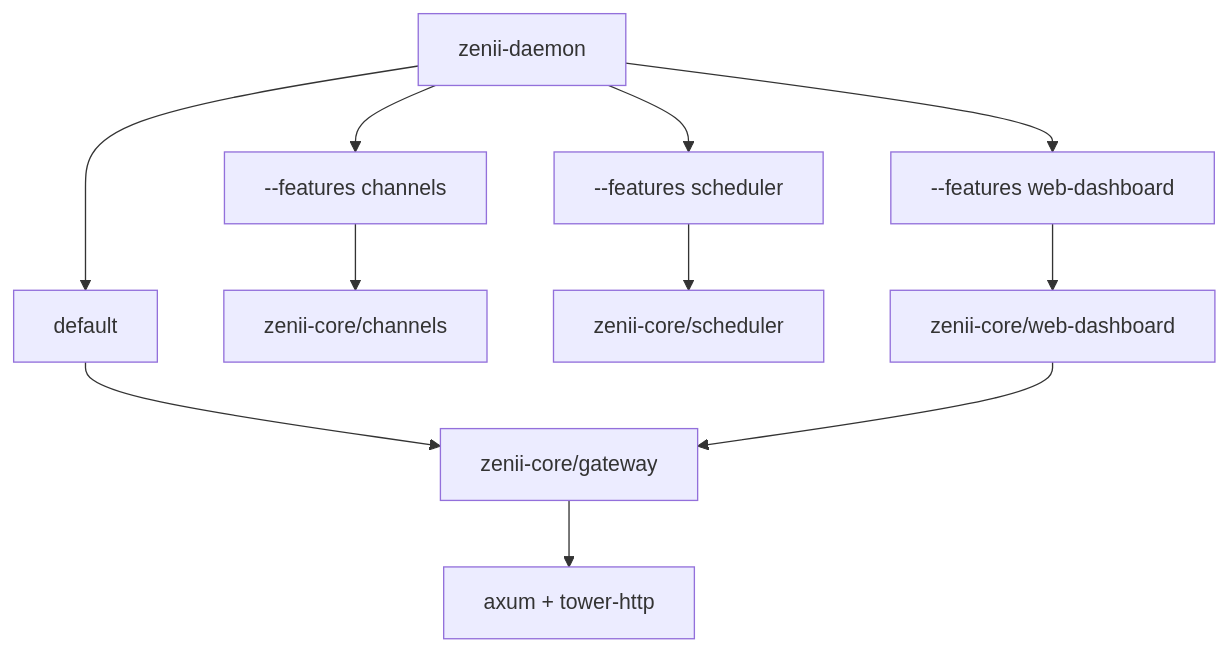
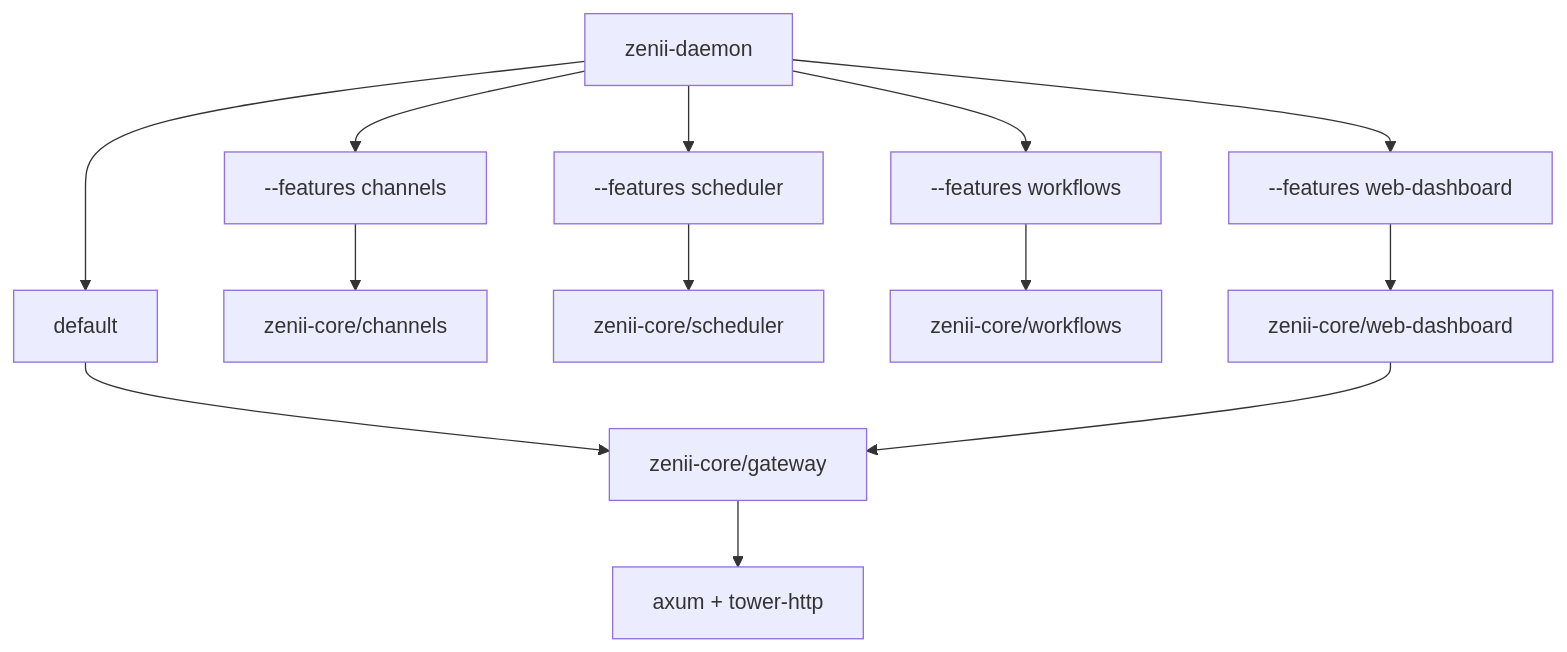
One commit to sprklai/mesoclaw changed the sixth of 6 diagrams in README.md. Above: the diagram before and after it, drawn with Mermaid. The commit also changed other lines of this file and 11 other files, not shown here.

````diff
--- a/README.md
+++ b/README.md
@@ -481,14 +485,16 @@
 ```mermaid
 graph TD
     Daemon[zenii-daemon] --> Default[default]
     Daemon --> Ch["--features channels"]
     Daemon --> Sc["--features scheduler"]
+    Daemon --> Wf["--features workflows"]
     Daemon --> Wd["--features web-dashboard"]
 
     Default --> GW["zenii-core/gateway"]
     GW --> Axum[axum + tower-http]
     Ch --> ChCore[zenii-core/channels]
     Sc --> ScCore[zenii-core/scheduler]
+    Wf --> WfCore[zenii-core/workflows]
     Wd --> WdCore[zenii-core/web-dashboard]
     WdCore --> GW
 ```
````
